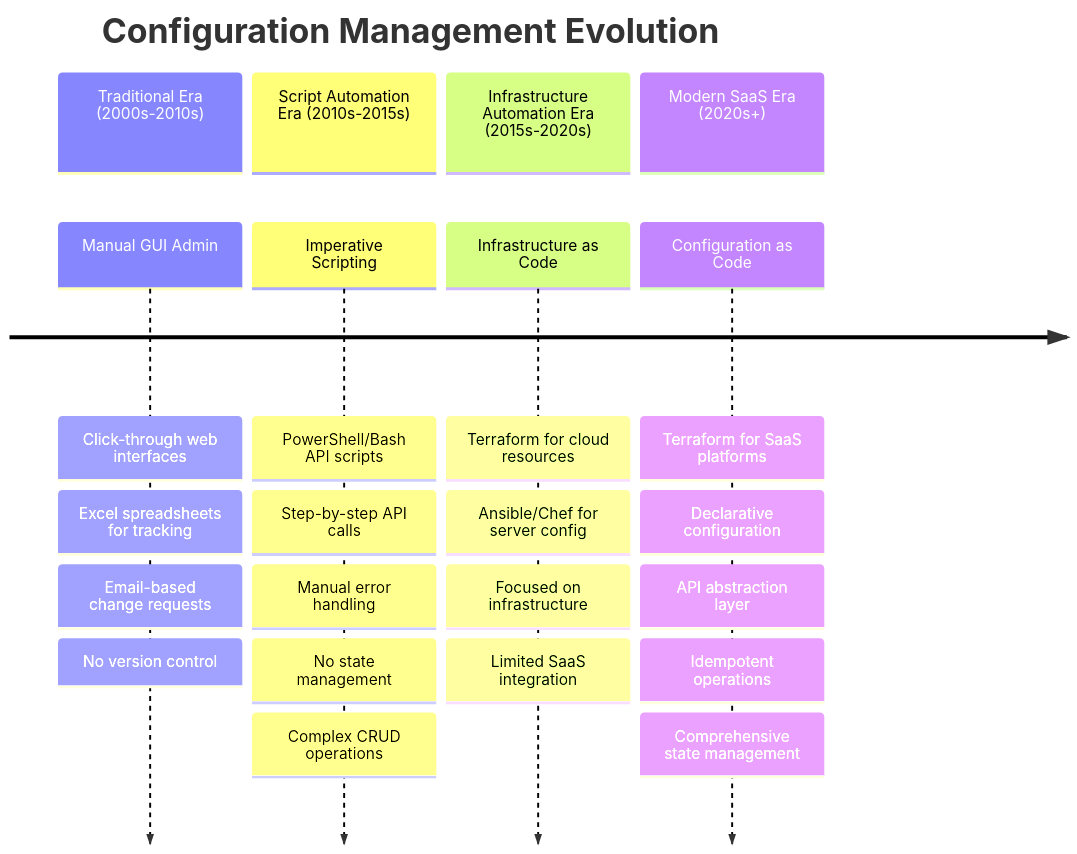
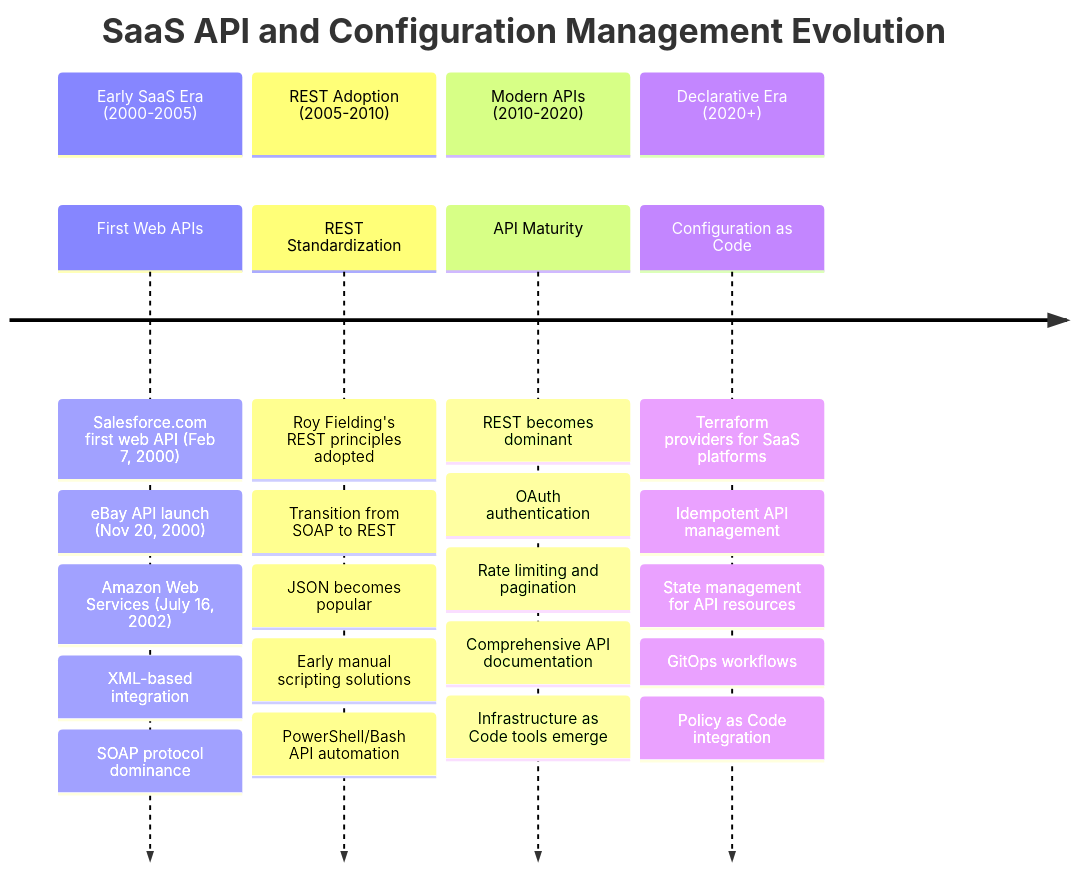
The first of 2 diagrams in training_materials/terraform/module_02_configuration_as_code_concepts.md (simondbrooke/terraform-training-jamfpro), drawn with Mermaid before and after one commit. The commit also changed other lines of this file, not shown here.

````diff
--- a/training_materials/terraform/module_02_configuration_as_code_concepts.md
+++ b/training_materials/terraform/module_02_configuration_as_code_concepts.md
@@ -34,30 +36,32 @@
 ```mermaid
 timeline
-    title Configuration Management Evolution
+    title SaaS API and Configuration Management Evolution
     
-    section Traditional Era (2000s-2010s)
-        Manual GUI Admin : Click-through web interfaces
-                         : Excel spreadsheets for tracking
-                         : Email-based change requests
-                         : No version control
+    section Early SaaS Era (2000-2005)
+        First Web APIs : Salesforce.com first web API (Feb 7, 2000)
+                       : eBay API launch (Nov 20, 2000)
+                       : Amazon Web Services (July 16, 2002)
+                       : XML-based integration
+                       : SOAP protocol dominance
         
-    section Script Automation Era (2010s-2015s)
-        Imperative Scripting : PowerShell/Bash API scripts
-                            : Step-by-step API calls
-                            : Manual error handling
-                            : No state management
-                            : Complex CRUD operations
+    section REST Adoption (2005-2010)
+        REST Standardization : Roy Fielding's REST principles adopted
+                             : Transition from SOAP to REST
+                             : JSON becomes popular
+                             : Early manual scripting solutions
+                             : PowerShell/Bash API automation
         
-    section Infrastructure Automation Era (2015s-2020s)
-        Infrastructure as Code : Terraform for cloud resources
-                              : Ansible/Chef for server config
-                              : Focused on infrastructure
-                              : Limited SaaS integration
+    section Modern APIs (2010-2020)
+        API Maturity : REST becomes dominant
+                     : OAuth authentication
+                     : Rate limiting and pagination
+                     : Comprehensive API documentation
+                     : Infrastructure as Code tools emerge
         
-    section Modern SaaS Era (2020s+)
-        Configuration as Code : Terraform for SaaS platforms
-                             : Declarative configuration
-                             : API abstraction layer
-                             : Idempotent operations
-                             : Comprehensive state management
+    section Declarative Era (2020+)
+        Configuration as Code : Terraform providers for SaaS platforms
+                             : Idempotent API management
+                             : State management for API resources
+                             : GitOps workflows
+                             : Policy as Code integration
 ```
````
